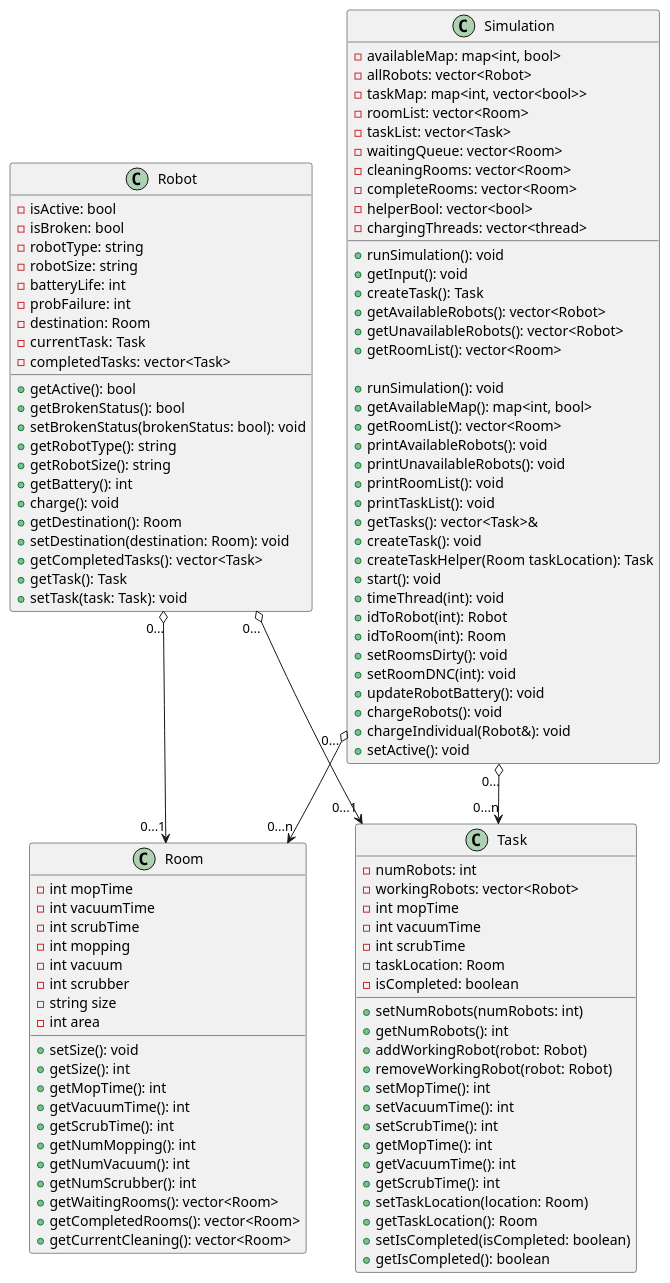
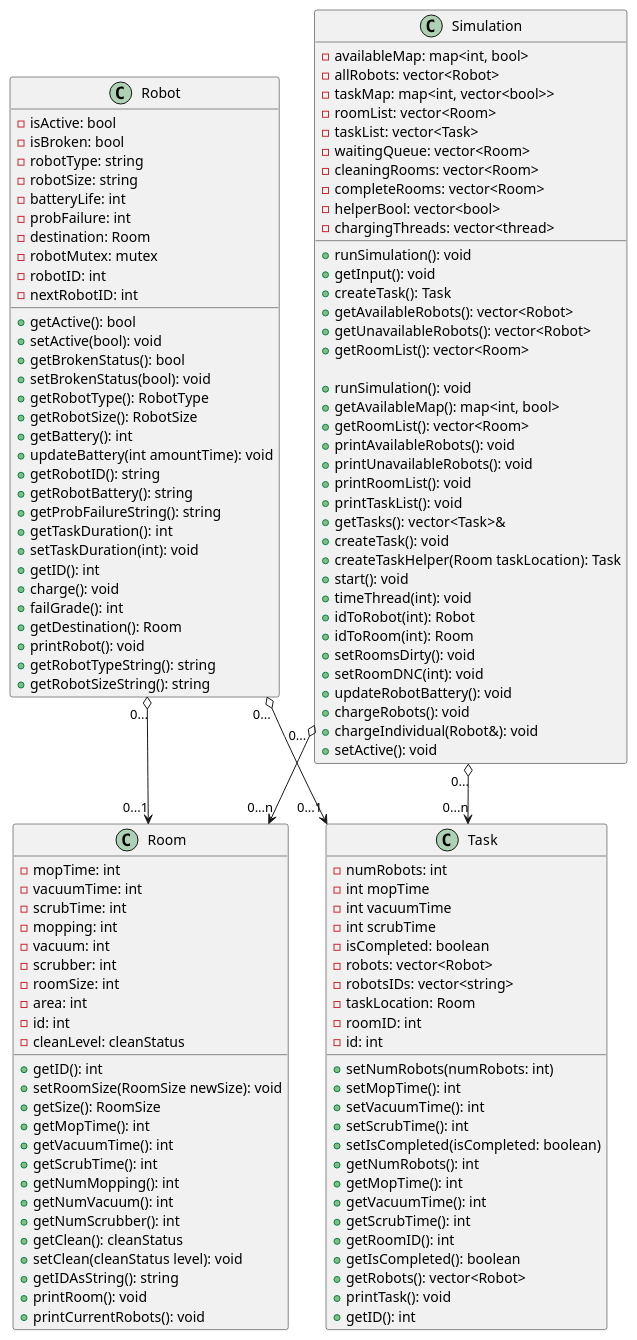
One commit to ur-cs-courses/course-project-clean-squad changed the diagram in docs/design/classDiagrams/classDiagrams.puml. Above: the diagram before and after it, drawn with PlantUML.

Commit message:
updated room, robot, and task

```diff
--- a/docs/design/classDiagrams/classDiagrams.puml
+++ b/docs/design/classDiagrams/classDiagrams.puml
@@ -1,122 +1,142 @@
 @startuml classDiagrams
 
 class Robot {
     - isActive: bool
     - isBroken: bool
     - robotType: string
     - robotSize: string
     - batteryLife: int
     - probFailure: int
     - destination: Room
-    - currentTask: Task
-    - completedTasks: vector<Task>
-    + getActive(): bool
+    - robotMutex: mutex
+    - robotID: int
+    - nextRobotID: int
+
+    + getActive(): bool 
+    + setActive(bool): void
     + getBrokenStatus(): bool
-    + setBrokenStatus(brokenStatus: bool): void
-    + getRobotType(): string
-    + getRobotSize(): string
-    + getBattery(): int
+    + setBrokenStatus(bool): void 
+    + getRobotType(): RobotType  
+    + getRobotSize(): RobotSize  
+    + getBattery(): int 
+    + updateBattery(int amountTime): void 
+    + getRobotID(): string 
+    + getRobotBattery(): string  
+    + getProbFailureString(): string  
+    + getTaskDuration(): int 
+    + setTaskDuration(int): void 
+    + getID(): int 
     + charge(): void
+    + failGrade(): int 
     + getDestination(): Room
-    + setDestination(destination: Room): void
-    + getCompletedTasks(): vector<Task>
-    + getTask(): Task
-    + setTask(task: Task): void
+    + printRobot(): void  
+    + getRobotTypeString(): string  
+    + getRobotSizeString(): string
 }
 
+
 class Room {
-    - int mopTime
-    - int vacuumTime
-    - int scrubTime
-    - int mopping
-    - int vacuum
-    - int scrubber
-    - string size
-    - int area
+    - mopTime: int
+    - vacuumTime: int
+    - scrubTime: int
+    - mopping: int
+    - vacuum: int
+    - scrubber: int
+    - roomSize: int
+    - area: int 
+    - id: int
+    - cleanLevel: cleanStatus
 
-    + setSize(): void
-    + getSize(): int
+    + getID(): int
+    + setRoomSize(RoomSize newSize): void
+    + getSize(): RoomSize
     + getMopTime(): int
     + getVacuumTime(): int
     + getScrubTime(): int
     + getNumMopping(): int
     + getNumVacuum(): int
     + getNumScrubber(): int
-    + getWaitingRooms(): vector<Room>
-    + getCompletedRooms(): vector<Room>
-    + getCurrentCleaning(): vector<Room>
+    + getClean(): cleanStatus
+    + setClean(cleanStatus level): void 
+    + getIDAsString(): string  
+    + printRoom(): void 
+    + printCurrentRobots(): void
     
 }
 
 class Simulation {
     - availableMap: map<int, bool> 
     - allRobots: vector<Robot> 
     - taskMap: map<int, vector<bool>> 
     - roomList: vector<Room>  
     - taskList: vector<Task> 
     - waitingQueue: vector<Room> 
     - cleaningRooms: vector<Room> 
     - completeRooms: vector<Room> 
     - helperBool: vector<bool> 
     - chargingThreads: vector<thread> 
 
     + runSimulation(): void
     + getInput(): void
     + createTask(): Task
     + getAvailableRobots(): vector<Robot>
     + getUnavailableRobots(): vector<Robot>
     + getRoomList(): vector<Room>
 
     + runSimulation(): void 
     + getAvailableMap(): map<int, bool> 
     + getRoomList(): vector<Room> 
     + printAvailableRobots(): void 
     + printUnavailableRobots(): void 
     + printRoomList(): void 
     + printTaskList(): void 
     + getTasks(): vector<Task>& 
     + createTask(): void 
     + createTaskHelper(Room taskLocation): Task 
     + start(): void 
     + timeThread(int): void     
     + idToRobot(int): Robot 
     + idToRoom(int): Room 
     + setRoomsDirty(): void   
     + setRoomDNC(int): void 
     + updateRobotBattery(): void 
     + chargeRobots(): void 
     + chargeIndividual(Robot&): void 
     + setActive(): void 
 }
 
 class Task {
   - numRobots: int
-  - workingRobots: vector<Robot>
   - int mopTime
   - int vacuumTime
   - int scrubTime
+  - isCompleted: boolean
+  - robots: vector<Robot>
+  - robotsIDs: vector<string>
   - taskLocation: Room
-  - isCompleted: boolean
+  - roomID: int
+  - id: int
+
   + setNumRobots(numRobots: int)
-  + getNumRobots(): int
-  + addWorkingRobot(robot: Robot)
-  + removeWorkingRobot(robot: Robot)
   + setMopTime(): int
   + setVacuumTime(): int
   + setScrubTime(): int
+  + setIsCompleted(isCompleted: boolean)
+  + getNumRobots(): int
   + getMopTime(): int
   + getVacuumTime(): int
   + getScrubTime(): int
-  + setTaskLocation(location: Room)
-  + getTaskLocation(): Room
-  + setIsCompleted(isCompleted: boolean)
+  + getRoomID(): int
   + getIsCompleted(): boolean
+  + getRobots(): vector<Robot> 
+  + printTask(): void
+  + getID(): int
 }
 
 Robot "0..." o--> "0...1" Room
 Robot "0..." o--> "0...1" Task
 Simulation "0..." o--> "0...n" Room
 Simulation "0..." o--> "0...n" Task
 
 
 @enduml
```
